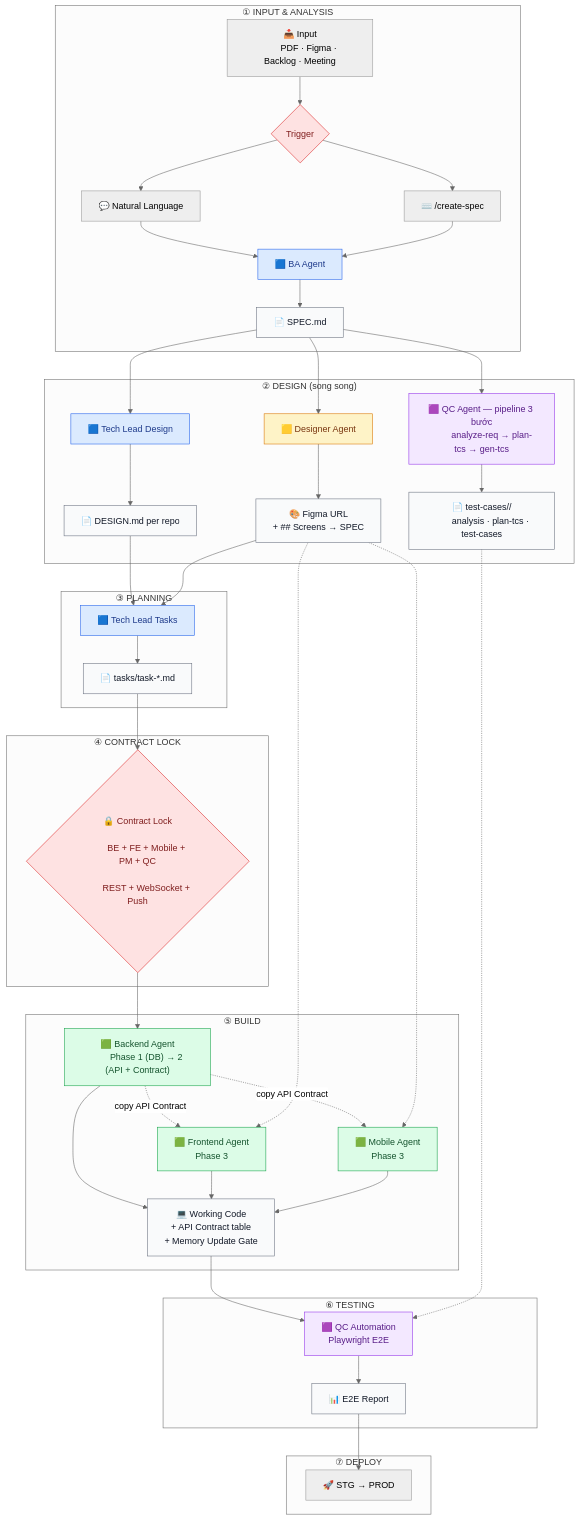
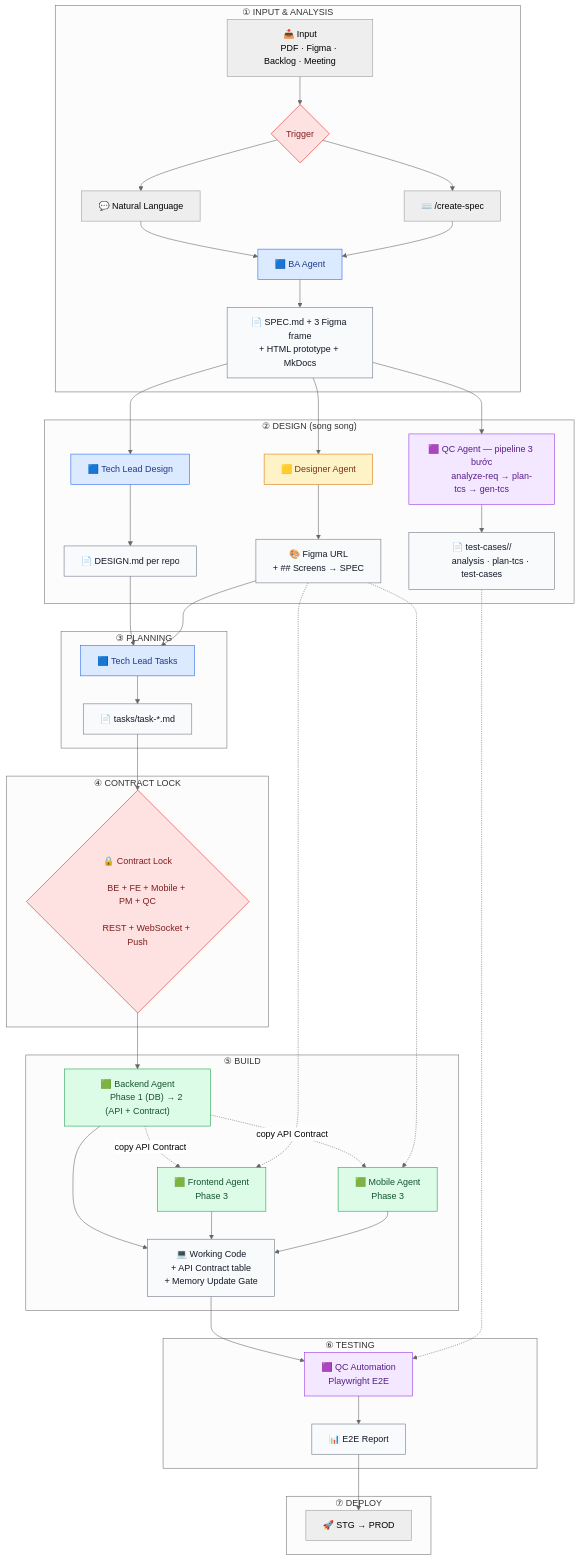
Before and after one commit to dipro-vn/dipro-ai-boost: the diagram in project-ai-kit/README.md, drawn with Mermaid (neutral theme). The commit also changed other lines of this file and 59 other files, not shown here.

Commit message:
feat: update flow BA agent

```diff
--- a/project-ai-kit/README.md
+++ b/project-ai-kit/README.md
@@ -207,7 +213,7 @@
 
         BA["🟦 BA Agent"]
 
-        SPEC["📄 SPEC.md"]
+        SPEC["📄 SPEC.md + 3 Figma frame<br/>+ HTML prototype + MkDocs"]
 
         INPUT --> TRIGGER
         TRIGGER --> NL
```
